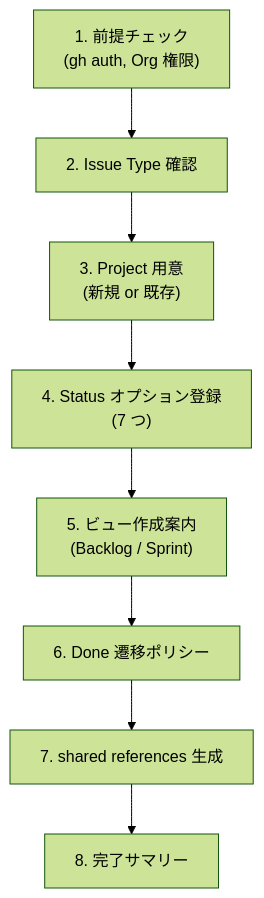
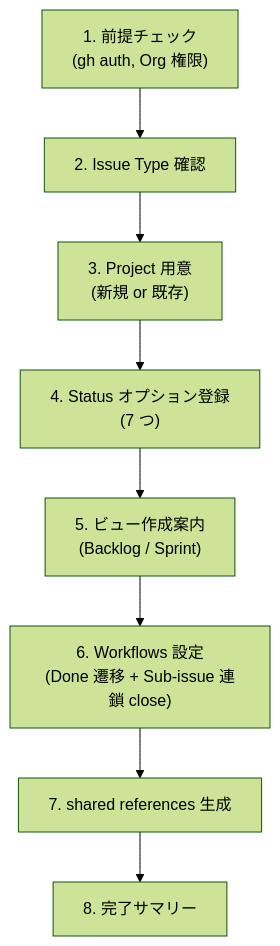
The diagram in skills/agile-project-setup/SKILL.md (mrtry-lab/skills), drawn with Mermaid (forest theme) before and after one commit. The commit also changed other lines of this file and 1 other file, not shown here.

First line of the commit message:
docs(project-setup): document Sub-issue auto-close workflow + clarify swimlane

````diff
--- a/skills/agile-project-setup/SKILL.md
+++ b/skills/agile-project-setup/SKILL.md
@@ -30,13 +30,13 @@
 ```mermaid
 flowchart TB
   pre["1. 前提チェック\n(gh auth, Org 権限)"]
   it["2. Issue Type 確認"]
   proj["3. Project 用意\n(新規 or 既存)"]
   status["4. Status オプション登録\n(7 つ)"]
   views["5. ビュー作成案内\n(Backlog / Sprint)"]
-  done["6. Done 遷移ポリシー"]
+  done["6. Workflows 設定\n(Done 遷移 + Sub-issue 連鎖 close)"]
   refs["7. shared references 生成"]
   summary["8. 完了サマリー"]
 
   pre --> it --> proj --> status --> views --> done --> refs --> summary
 ```
````
